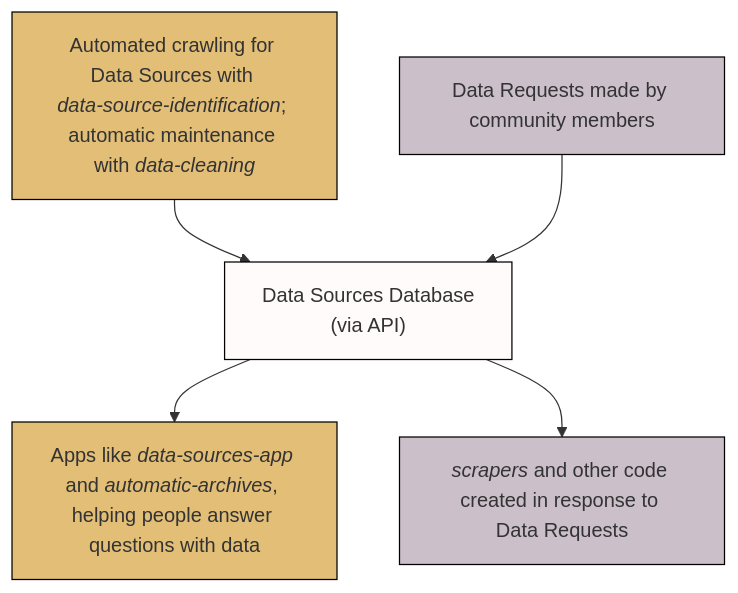
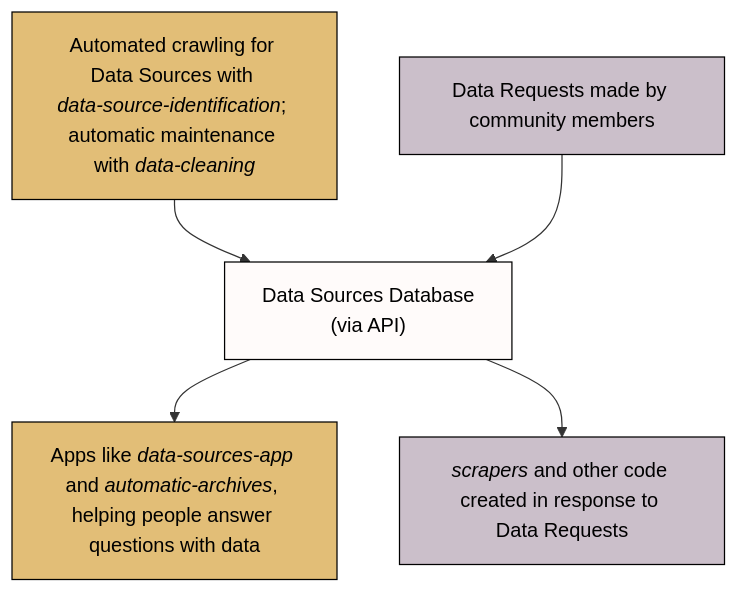
The diagram in profile/README.md (Police-Data-Accessibility-Project/.github), drawn with Mermaid before and after one commit.

````diff
--- a/profile/README.md
+++ b/profile/README.md
@@ -20,26 +20,26 @@
 ```mermaid %% Here's a guide to mermaid syntax: https://mermaid.js.org/syntax/flowchart.html
 
 %%{ init: {
     'flowchart': {'curve': 'basis'}
   } }%%
 
 flowchart TD
 
-classDef white fill:#fffbfa,stroke:black
-classDef purple fill:#cbbfca,stroke:black
-classDef gold fill:#e2be77,stroke:black
+classDef white color:black,fill:#fffbfa,stroke:black
+classDef purple color:black,fill:#cbbfca,stroke:black
+classDef gold color:black,fill:#e2be77,stroke:black
 
 requests["`Data Requests made by community members`"]:::purple
 automation["`Automated crawling for Data Sources with 
 *data-source-identification*; 
 automatic maintenance with *data-cleaning*`"]:::gold
 db["`Data Sources Database 
 (via API)`"]:::white
 app["`Apps like *data-sources-app* and *automatic-archives*, helping people answer questions with data`"]:::gold
 scrapers["`*scrapers* and other code created in response to Data Requests`"]:::purple
 
 automation --> db;
 db --> app;
 requests --> db; 
 db --> scrapers
 ```
````
